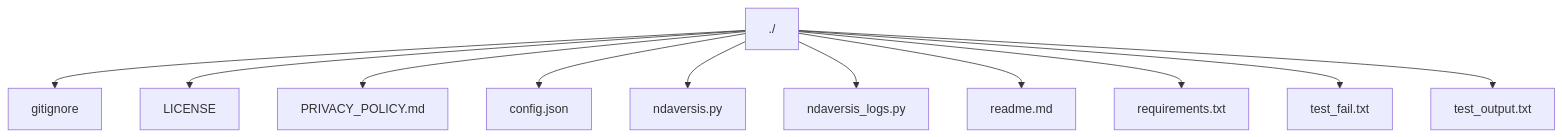
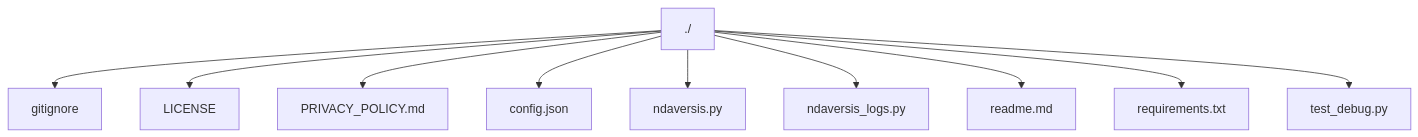
Before and after one commit to lystwork/ndaversis: the fifth of 9 diagrams in readme.md, drawn with Mermaid. The commit also changed other lines of this file and 3 other files, not shown here.

Commit message:
feat: Enhance README generation with detailed dependency categories, language distribution diagrams, and improved module descriptions, and update version to 0.0.63.

````diff
--- a/readme.md
+++ b/readme.md
@@ -316,14 +350,13 @@
 ```mermaid
 graph TD
     Root[./]
     Root --> node_gitignore["gitignore"]
     Root --> node_LICENSE["LICENSE"]
     Root --> node_PRIVACY_POLICY_md["PRIVACY_POLICY.md"]
     Root --> node_config_json["config.json"]
     Root --> node_ndaversis_py["ndaversis.py"]
     Root --> node_ndaversis_logs_py["ndaversis_logs.py"]
     Root --> node_readme_md["readme.md"]
     Root --> node_requirements_txt["requirements.txt"]
-    Root --> node_test_fail_txt["test_fail.txt"]
-    Root --> node_test_output_txt["test_output.txt"]
+    Root --> node_test_debug_py["test_debug.py"]
 ```
````
